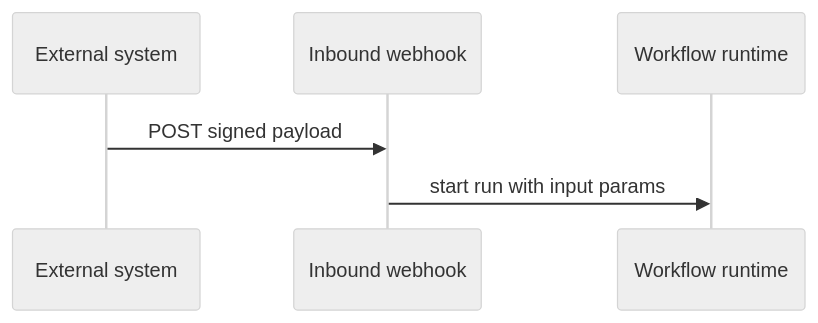
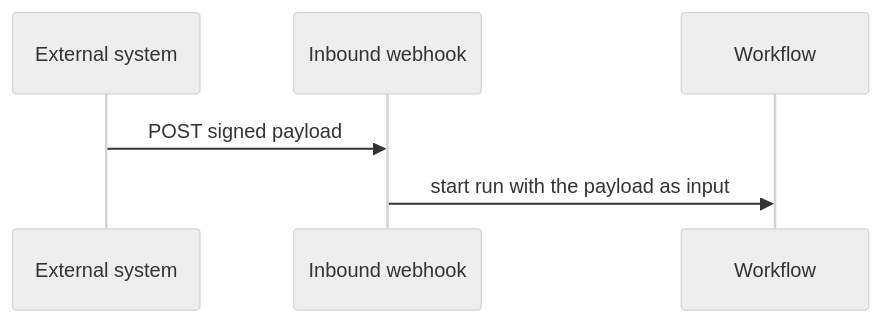
One commit to agentruntime-io/agentruntime-docs changed the second of 3 diagrams in workflows/patterns.mdx. Above: the diagram before and after it, drawn with Mermaid (neutral theme). The commit also changed other lines of this file and 180 other files, not shown here.

````diff
--- a/workflows/patterns.mdx
+++ b/workflows/patterns.mdx
@@ -49,8 +53,8 @@
 ```mermaid
 sequenceDiagram
   participant Ext as External system
   participant WH as Inbound webhook
-  participant RT as Workflow runtime
+  participant RT as Workflow
   Ext->>WH: POST signed payload
-  WH->>RT: start run with input params
+  WH->>RT: start run with the payload as input
 ```
````
